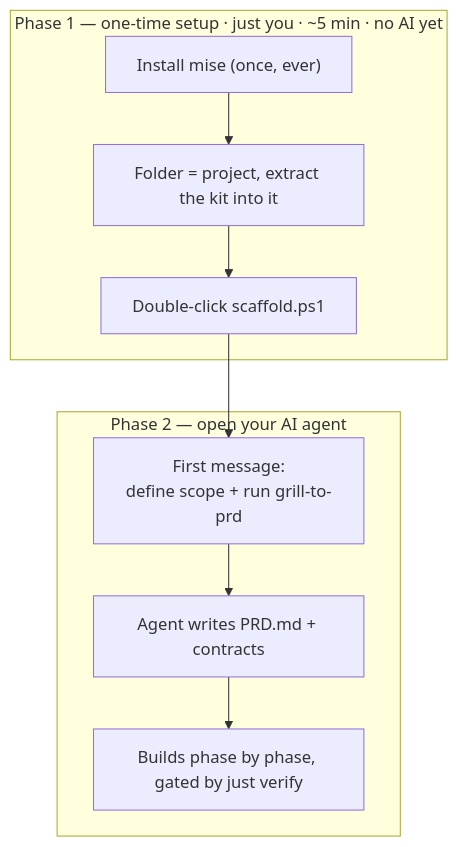
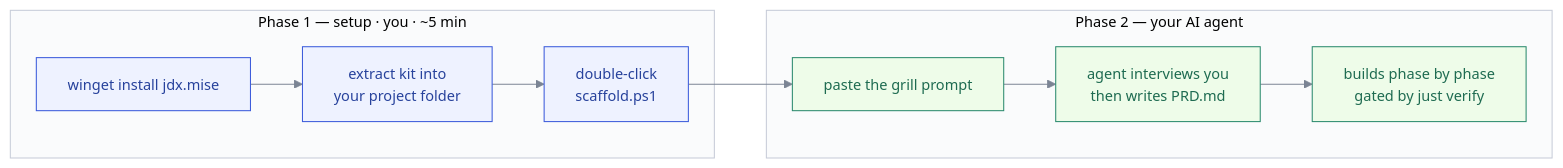
The second of 2 diagrams in README.md (sudarshankl26-cpu/Suds_vibe_coding_kit), drawn with Mermaid before and after one commit. The commit also changed other lines of this file and 1 other file, not shown here.

````diff
--- a/README.md
+++ b/README.md
@@ -41,10 +73,17 @@
 ```mermaid
-flowchart TD
-  subgraph P1["Phase 1 — one-time setup · just you · ~5 min · no AI yet"]
-    s1["Install mise (once, ever)"] --> s2["Folder = project, extract the kit into it"] --> s3["Double-click scaffold.ps1"]
+%%{init: {'theme':'base','themeVariables':{
+  'primaryColor':'#f1f3f8','primaryTextColor':'#1b2430','primaryBorderColor':'#c7ccd8',
+  'lineColor':'#7b8494','fontFamily':'Inter,Segoe UI,Helvetica,sans-serif','fontSize':'14px',
+  'clusterBkg':'#fafbfc','clusterBorder':'#c7ccd8'}}}%%
+flowchart LR
+  classDef setup fill:#eef2ff,stroke:#3b5bdb,color:#27429c
+  classDef agent fill:#eefce9,stroke:#2b8a6e,color:#1e6b51
+
+  subgraph P1["Phase 1 — setup · you · ~5 min"]
+    A1["winget install jdx.mise"]:::setup --> A2["extract kit into<br/>your project folder"]:::setup --> A3["double-click<br/>scaffold.ps1"]:::setup
   end
-  subgraph P2["Phase 2 — open your AI agent"]
-    f1["First message:<br/>define scope + run grill-to-prd"] --> f2["Agent writes PRD.md + contracts"] --> f3["Builds phase by phase, gated by just verify"]
+  subgraph P2["Phase 2 — your AI agent"]
+    B1["paste the grill prompt"]:::agent --> B2["agent interviews you<br/>then writes PRD.md"]:::agent --> B3["builds phase by phase<br/>gated by just verify"]:::agent
   end
-  s3 --> f1
+  A3 --> B1
 ```
````
